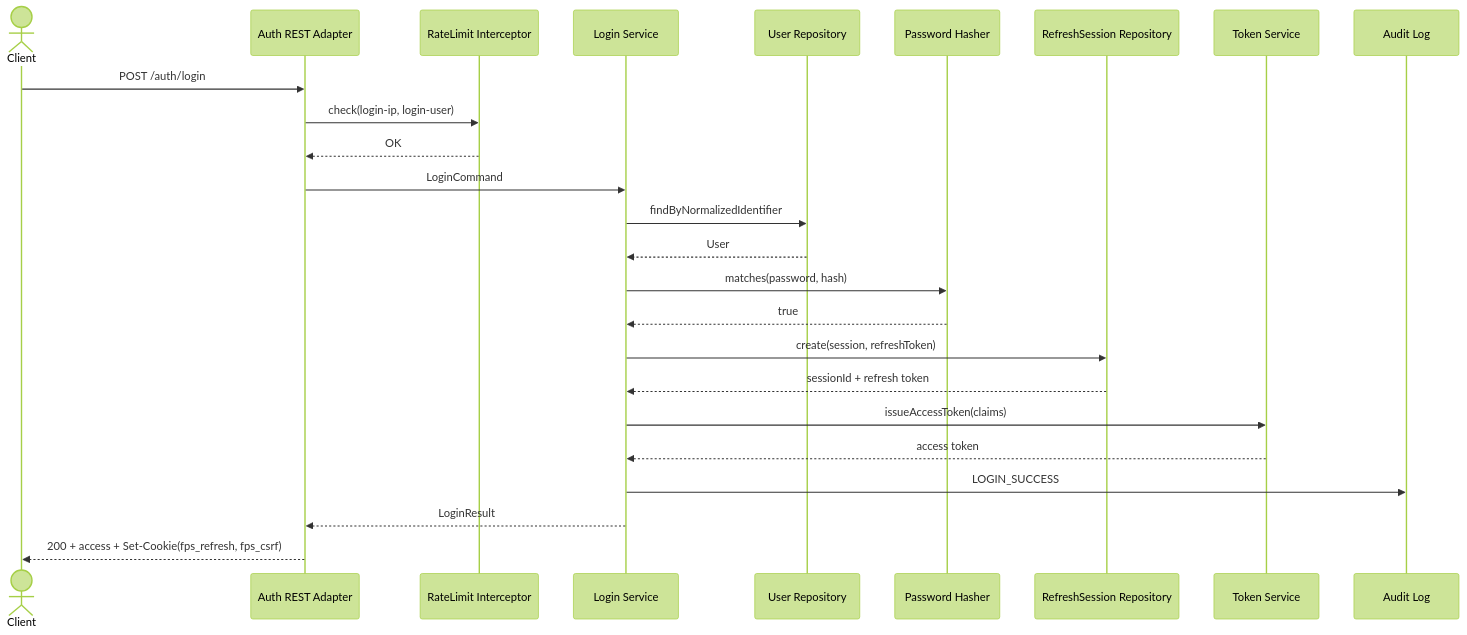
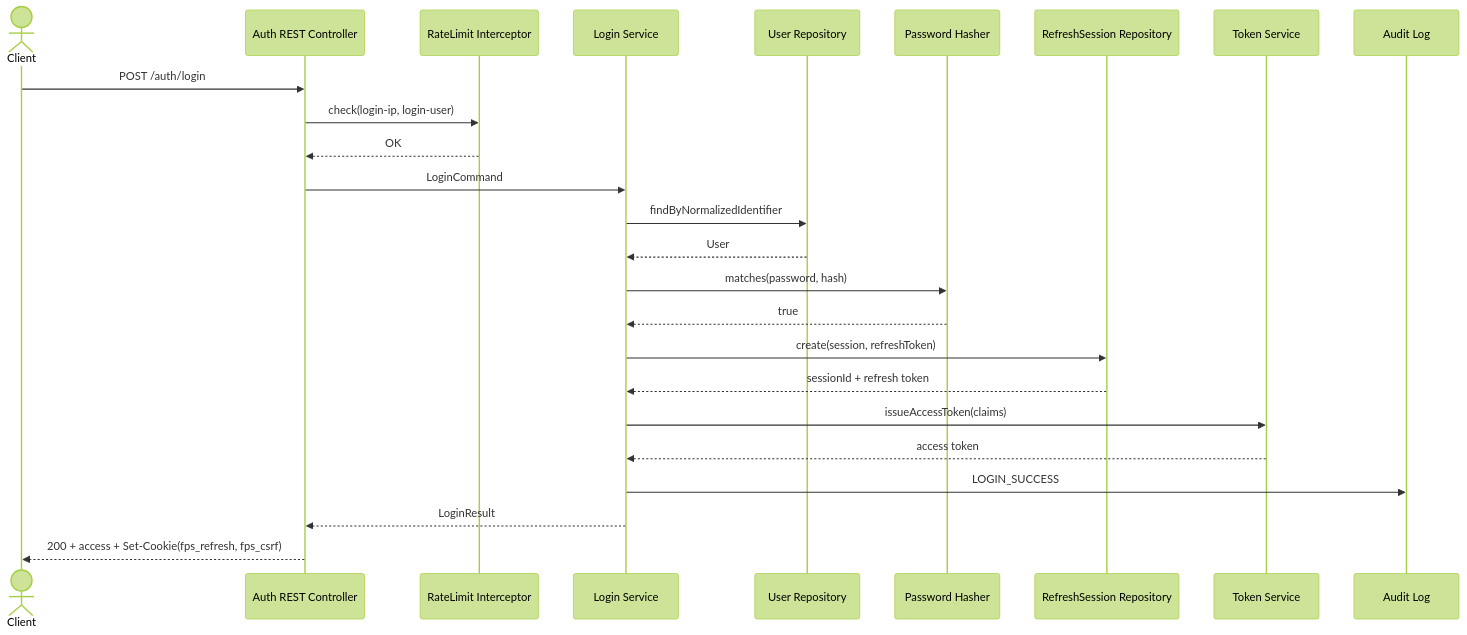
Before and after one commit to vandunxg/file_processing: the fourth of 6 diagrams in docs/specs/auth-module-requirements.md, drawn with Mermaid (forest theme). The commit also changed other lines of this file and 30 other files, not shown here.

````diff
--- a/docs/specs/auth-module-requirements.md
+++ b/docs/specs/auth-module-requirements.md
@@ -2930,27 +2969,27 @@
 ```mermaid
 sequenceDiagram
     actor Client
-    participant API as Auth REST Adapter
+    participant API as Auth REST Controller
     participant Throttle as RateLimit Interceptor
     participant Login as Login Service
     participant Users as User Repository
     participant Hash as Password Hasher
     participant Sessions as RefreshSession Repository
     participant JWT as Token Service
     participant Audit as Audit Log
     Client->>API: POST /auth/login
     API->>Throttle: check(login-ip, login-user)
     Throttle-->>API: OK
     API->>Login: LoginCommand
     Login->>Users: findByNormalizedIdentifier
     Users-->>Login: User
     Login->>Hash: matches(password, hash)
     Hash-->>Login: true
     Login->>Sessions: create(session, refreshToken)
     Sessions-->>Login: sessionId + refresh token
     Login->>JWT: issueAccessToken(claims)
     JWT-->>Login: access token
     Login->>Audit: LOGIN_SUCCESS
     Login-->>API: LoginResult
     API-->>Client: 200 + access + Set-Cookie(fps_refresh, fps_csrf)
 ```
````
